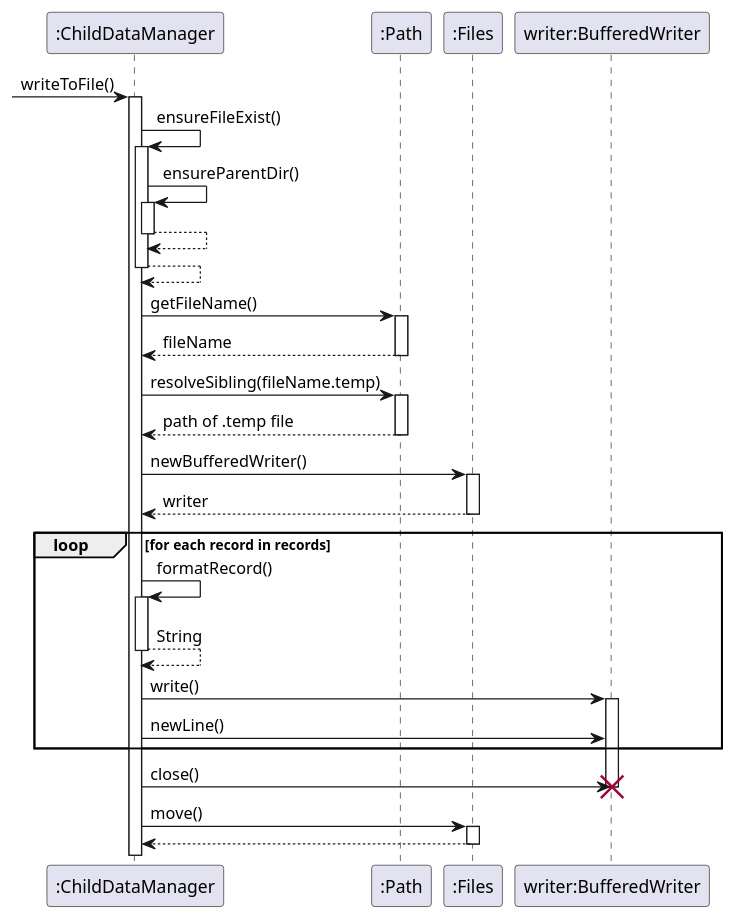
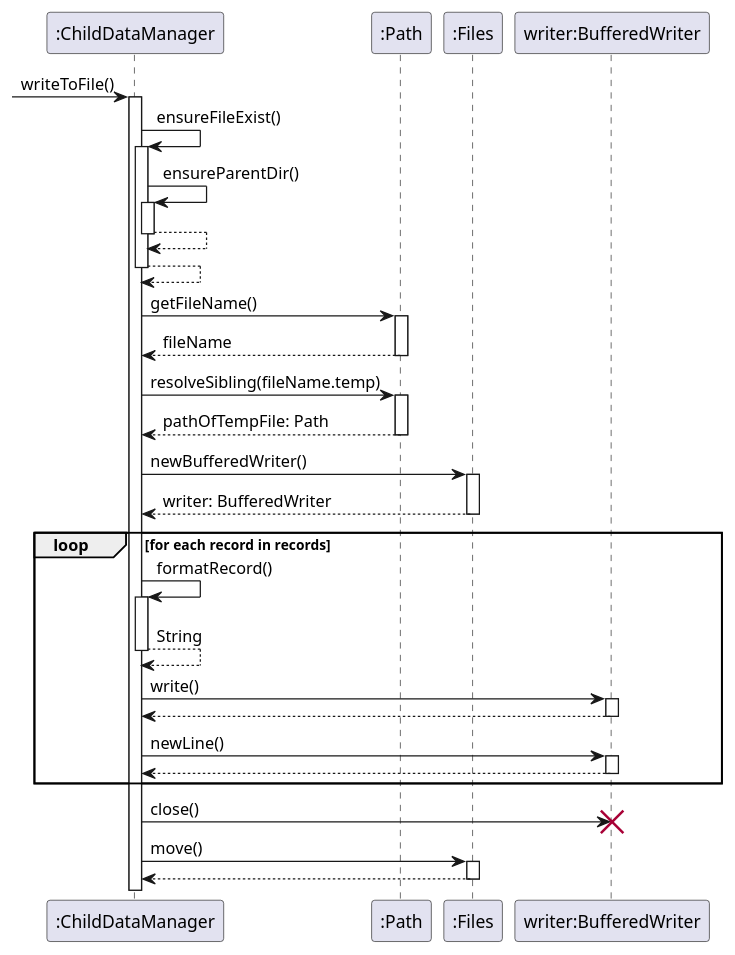
Before and after one commit to AY2526S1-CS2113-T10-1/tp: the diagram in docs/uml/WriteToFileSequenceDiagram.puml, drawn with PlantUML. The commit also changed 5 other files, not shown here.

First line of the commit message:
Fix uml diagrams according to lecture standards

```diff
--- a/docs/uml/WriteToFileSequenceDiagram.puml
+++ b/docs/uml/WriteToFileSequenceDiagram.puml
@@ -1,50 +1,54 @@
 @startuml
 'https://plantuml.com/sequence-
 
 participant ":ChildDataManager" as CDM
 participant ":Path" as Path
 participant ":Files" as Files
 participant "writer:BufferedWriter" as BW
 
 -> CDM: writeToFile()
 activate CDM
 
 CDM -> CDM: ensureFileExist()
 activate CDM
 
 CDM -> CDM: ensureParentDir()
 activate CDM
 return
 
 return
 
 CDM -> Path: getFileName()
 activate Path
 return fileName
 
 CDM -> Path: resolveSibling(fileName.temp)
 activate Path
-return path of .temp file
+return pathOfTempFile: Path
 
 CDM -> Files: newBufferedWriter()
 activate Files
-return writer
+return writer: BufferedWriter
 
 loop for each record in records
     CDM -> CDM: formatRecord()
     activate CDM
     return String
 
     CDM -> BW: write()
     activate BW
+    return
+
     CDM -> BW: newLine()
+    activate BW
+    return
 end
 
 CDM -> BW: close()
 destroy BW
 
 CDM -> Files: move()
 activate Files
 return
 
 @enduml
```
